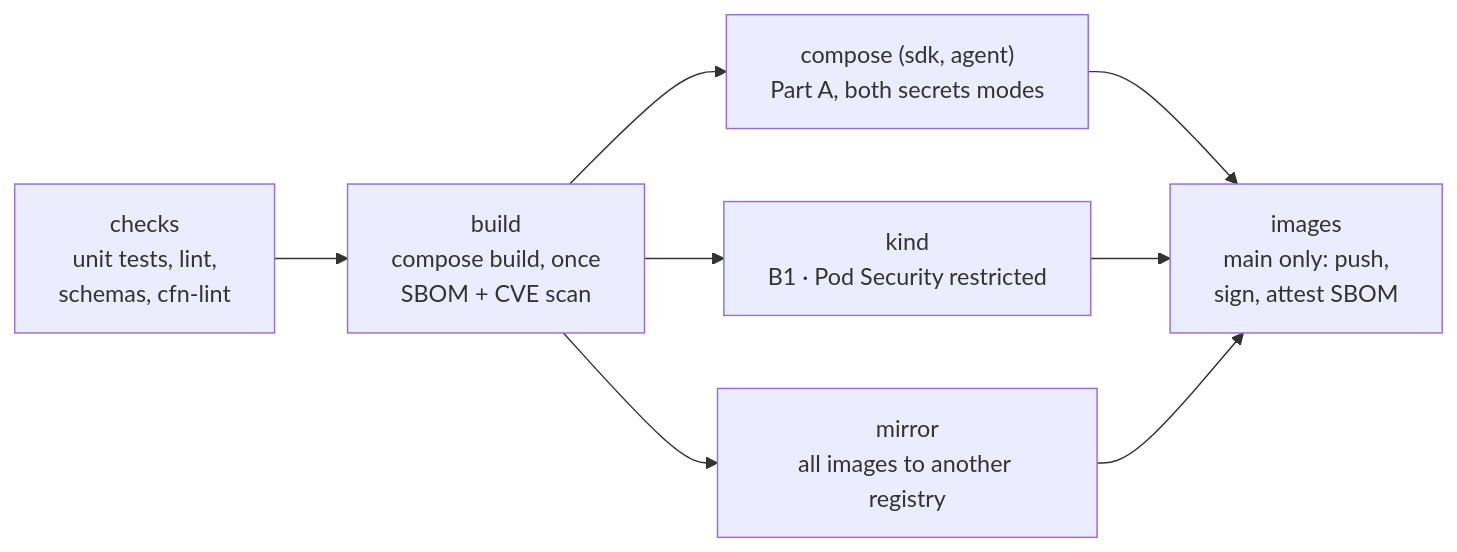
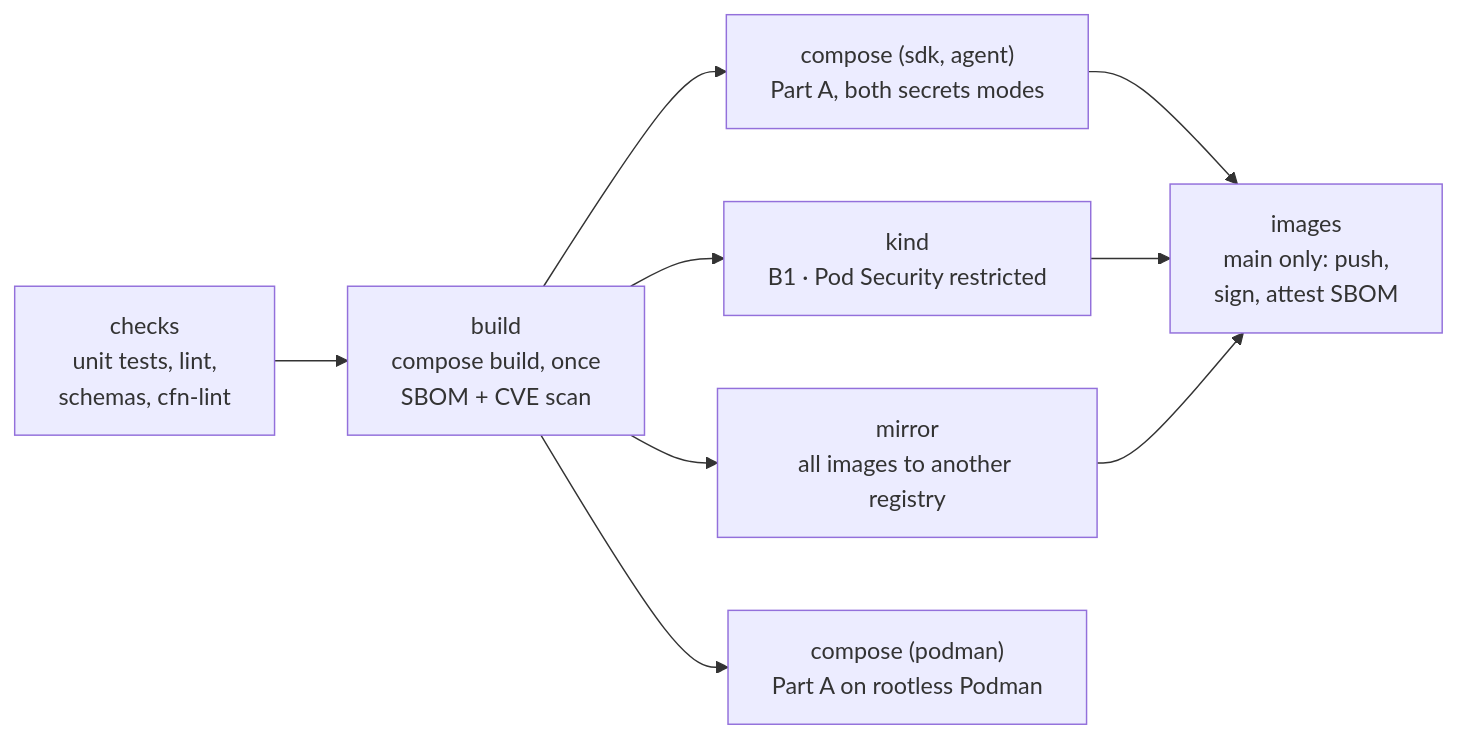
One commit to ephico2real2/aws-secrets-manager-node-poc changed the second of 2 diagrams in docs/GUIDE.md. Above: the diagram before and after it, drawn with Mermaid. The commit also changed other lines of this file and 7 other files, not shown here.

First line of the commit message:
Docs: Docker or Podman everywhere the engine is named; CI pages list compose (podman)

````diff
--- a/docs/GUIDE.md
+++ b/docs/GUIDE.md
@@ -767,10 +767,11 @@
 ```mermaid
 flowchart LR
   checks["checks<br/>unit tests, lint,<br/>schemas, cfn-lint"] --> build["build<br/>compose build, once<br/>SBOM + CVE scan"]
   build --> compose["compose (sdk, agent)<br/>Part A, both secrets modes"]
   build --> kind["kind<br/>B1 · Pod Security restricted"]
   build --> mirror["mirror<br/>all images to another registry"]
+  build --> podman["compose (podman)<br/>Part A on rootless Podman"]
   compose --> images["images<br/>main only: push,<br/>sign, attest SBOM"]
   kind --> images
   mirror --> images
 ```
````
